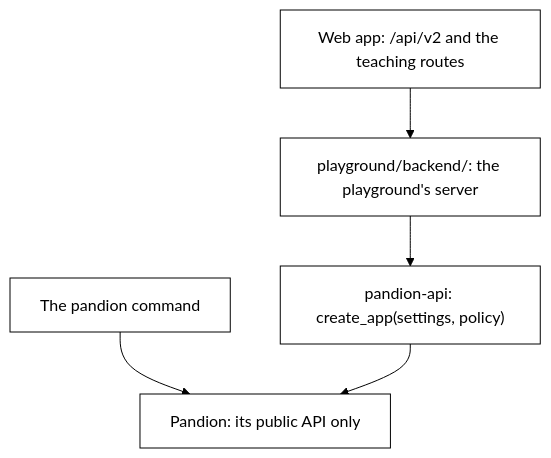
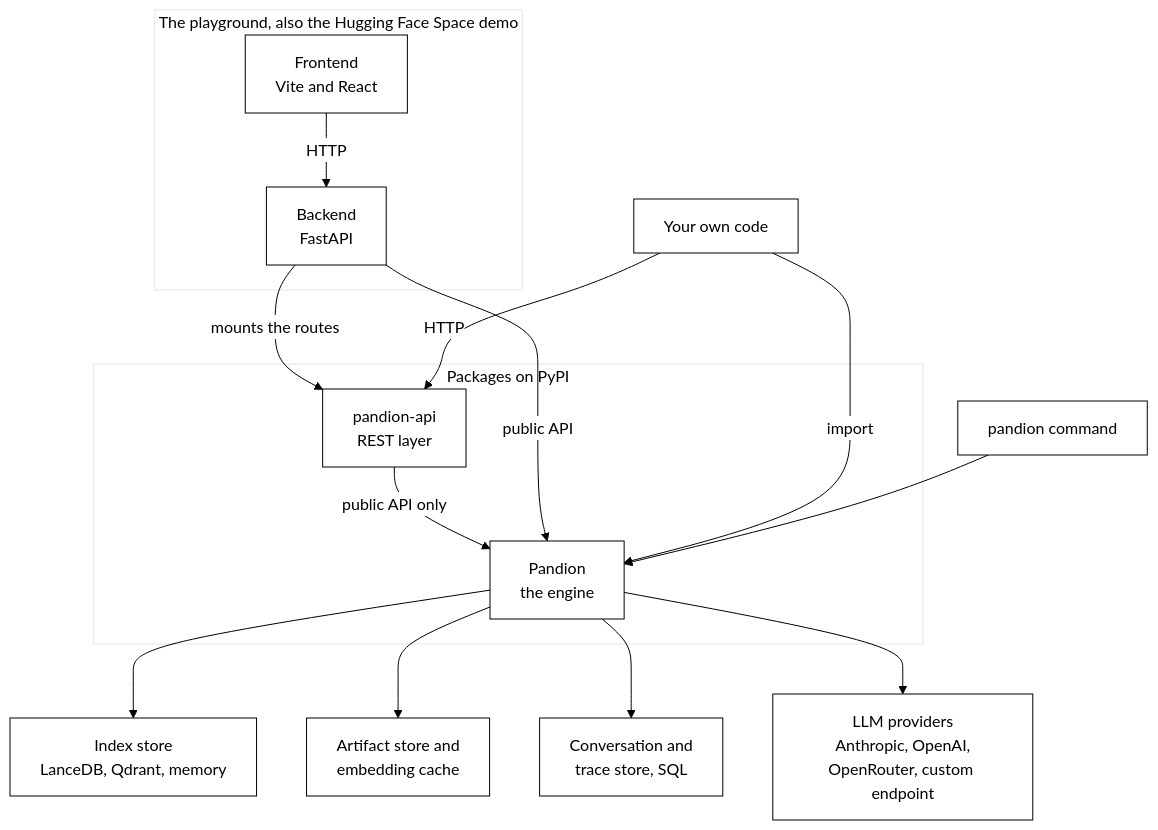
Before and after one commit to nadeem4/rag-playground: the first of 4 diagrams in docs/architecture.md, drawn with Mermaid. The commit also changed other lines of this file, not shown here.

Commit message:
docs: architecture page with system diagrams (DOC3)

````diff
--- a/docs/architecture.md
+++ b/docs/architecture.md
@@ -151,8 +28,21 @@
 ```mermaid
 %%{init: {'theme':'base','themeVariables':{'primaryColor':'#ffffff','primaryTextColor':'#000000','primaryBorderColor':'#000000','lineColor':'#000000'}}}%%
 flowchart TB
-    CLI["The pandion command"] --> CORE
-    WEB["Web app: /api/v2 and the teaching routes"] --> APP["playground/backend/: the playground's server"]
-    APP --> API["pandion-api: create_app(settings, policy)"]
-    API --> CORE["Pandion: its public API only"]
+    USER["Your own code"]
+    CLI["pandion command"]
+    subgraph PLAY["The playground, also the Hugging Face Space demo"]
+        FE["Frontend<br/>Vite and React"] -->|"HTTP"| BE["Backend<br/>FastAPI"]
+    end
+    subgraph PKGS["Packages on PyPI"]
+        API["pandion-api<br/>REST layer"] -->|"public API only"| ENG["Pandion<br/>the engine"]
+    end
+    BE -->|"mounts the routes"| API
+    BE -->|"public API"| ENG
+    USER -->|"HTTP"| API
+    USER -->|"import"| ENG
+    CLI --> ENG
+    ENG --> IDX["Index store<br/>LanceDB, Qdrant, memory"]
+    ENG --> CACHE["Artifact store and<br/>embedding cache"]
+    ENG --> CONV["Conversation and<br/>trace store, SQL"]
+    ENG --> LLM["LLM providers<br/>Anthropic, OpenAI,<br/>OpenRouter, custom endpoint"]
 ```
````
